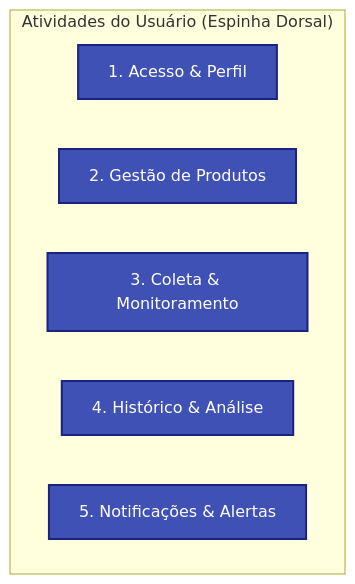
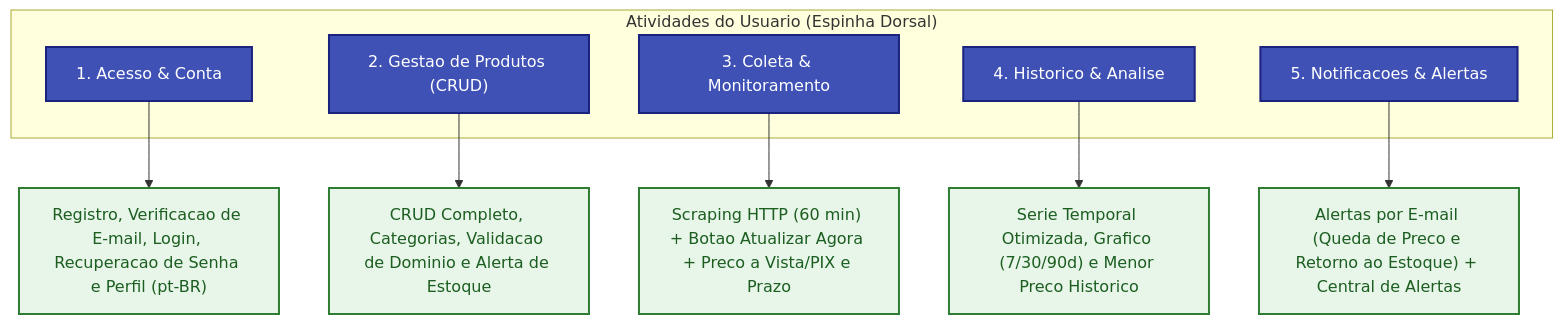
Before and after one commit to lucasssmira/monitoramento_precos: the diagram in docs/requisitos/story-map.md, drawn with Mermaid. The commit also changed other lines of this file and 8 other files, not shown here.

````diff
--- a/docs/requisitos/story-map.md
+++ b/docs/requisitos/story-map.md
@@ -9,15 +9,19 @@
 ```mermaid
 graph TD
     classDef epic fill:#3f51b5,stroke:#1a237e,stroke-width:2px,color:#fff;
     classDef mvp fill:#e8f5e9,stroke:#2e7d32,stroke-width:2px,color:#1b5e20;
-    classDef r2 fill:#fff3e0,stroke:#e65100,stroke-width:1px,color:#e65100;
-    classDef r3 fill:#f3e5f5,stroke:#4a148c,stroke-width:1px,color:#4a148c;
 
-    subgraph Backbone["Atividades do Usuário (Espinha Dorsal)"]
-        A1[1. Acesso & Perfil]:::epic
-        A2[2. Gestão de Produtos]:::epic
-        A3[3. Coleta & Monitoramento]:::epic
-        A4[4. Histórico & Análise]:::epic
-        A5[5. Notificações & Alertas]:::epic
+    subgraph Backbone["Atividades do Usuario (Espinha Dorsal)"]
+        A1["1. Acesso & Conta"]:::epic
+        A2["2. Gestao de Produtos (CRUD)"]:::epic
+        A3["3. Coleta & Monitoramento"]:::epic
+        A4["4. Historico & Analise"]:::epic
+        A5["5. Notificacoes & Alertas"]:::epic
     end
+
+    A1 --> M1["Registro, Verificacao de E-mail, Login, Recuperacao de Senha e Perfil (pt-BR)"]:::mvp
+    A2 --> M2["CRUD Completo, Categorias, Validacao de Dominio e Alerta de Estoque"]:::mvp
+    A3 --> M3["Scraping HTTP (60 min) + Botao Atualizar Agora + Preco a Vista/PIX e Prazo"]:::mvp
+    A4 --> M4["Serie Temporal Otimizada, Grafico (7/30/90d) e Menor Preco Historico"]:::mvp
+    A5 --> M5["Alertas por E-mail (Queda de Preco e Retorno ao Estoque) + Central de Alertas"]:::mvp
 ```
````
